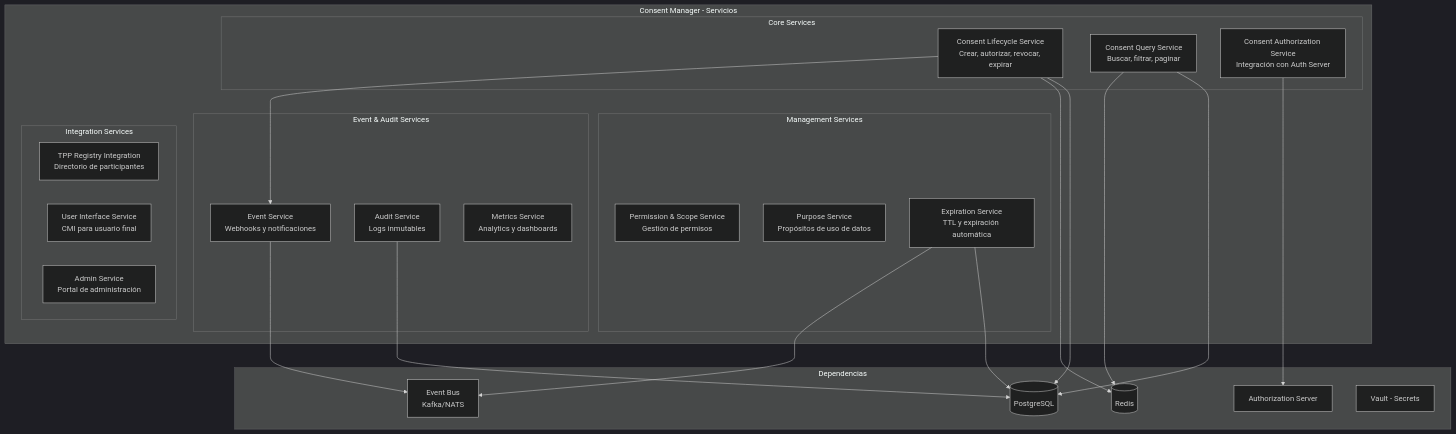
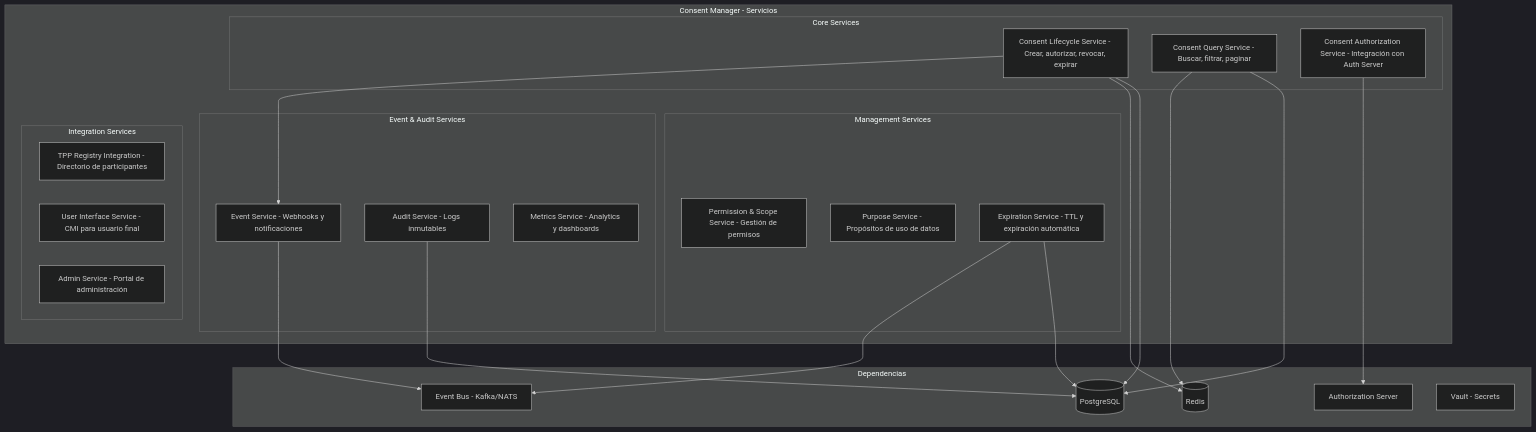
Before and after one commit to somospragma/integration-consent-manager: the first of 3 diagrams in docs/services/services-definition.md, drawn with Mermaid (dark theme). The commit also changed 9 other files, not shown here.

Commit message:
fix: corregir diagramas Mermaid - quitar paréntesis y \n incompatibles con GitHub

````diff
--- a/docs/services/services-definition.md
+++ b/docs/services/services-definition.md
@@ -11,47 +11,47 @@
 ```mermaid
 graph TB
     subgraph "Consent Manager - Servicios"
         subgraph "Core Services"
-            CLS[Consent Lifecycle Service\nCrear, autorizar, revocar, expirar]
-            CQS[Consent Query Service\nBuscar, filtrar, paginar]
-            CAS[Consent Authorization Service\nIntegración con Auth Server]
+            CLS[Consent Lifecycle Service - Crear, autorizar, revocar, expirar]
+            CQS[Consent Query Service - Buscar, filtrar, paginar]
+            CAS[Consent Authorization Service - Integración con Auth Server]
         end
 
         subgraph "Management Services"
-            PMS[Permission & Scope Service\nGestión de permisos]
-            PPS[Purpose Service\nPropósitos de uso de datos]
-            EXP[Expiration Service\nTTL y expiración automática]
+            PMS[Permission & Scope Service - Gestión de permisos]
+            PPS[Purpose Service - Propósitos de uso de datos]
+            EXP[Expiration Service - TTL y expiración automática]
         end
 
         subgraph "Event & Audit Services"
-            EVT[Event Service\nWebhooks y notificaciones]
-            AUD[Audit Service\nLogs inmutables]
-            MET[Metrics Service\nAnalytics y dashboards]
+            EVT[Event Service - Webhooks y notificaciones]
+            AUD[Audit Service - Logs inmutables]
+            MET[Metrics Service - Analytics y dashboards]
         end
 
         subgraph "Integration Services"
-            TPP[TPP Registry Integration\nDirectorio de participantes]
-            USR[User Interface Service\nCMI para usuario final]
-            ADM[Admin Service\nPortal de administración]
+            TPP[TPP Registry Integration - Directorio de participantes]
+            USR[User Interface Service - CMI para usuario final]
+            ADM[Admin Service - Portal de administración]
         end
     end
 
     subgraph "Dependencias"
         DB[(PostgreSQL)]
         CACHE[(Redis)]
-        QUEUE[Event Bus\nKafka/NATS]
+        QUEUE[Event Bus - Kafka/NATS]
         AUTH[Authorization Server]
         VAULT[Vault - Secrets]
     end
 
     CLS --> DB
     CLS --> CACHE
     CLS --> EVT
     CQS --> DB
     CQS --> CACHE
     CAS --> AUTH
     EXP --> DB
     EXP --> QUEUE
     EVT --> QUEUE
     AUD --> DB
 ```
````
